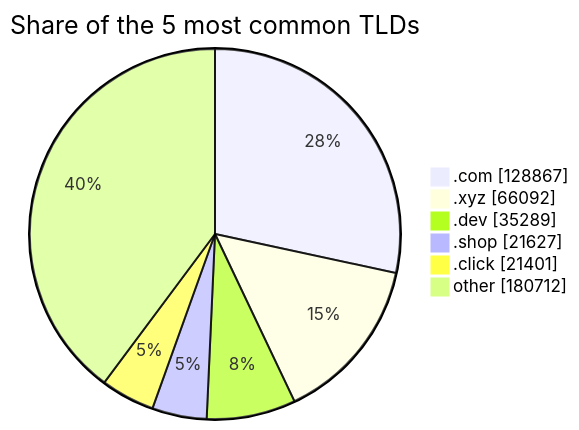
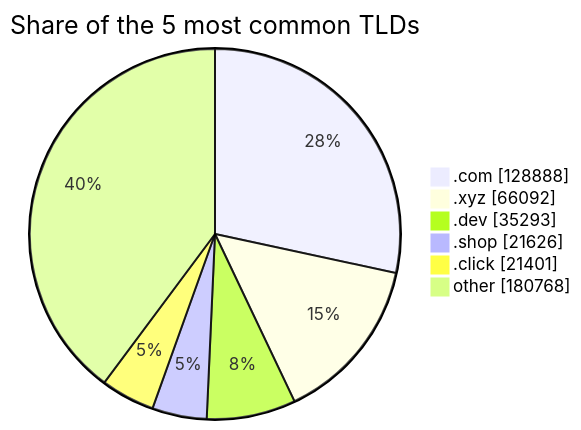
One commit to DNSBunker/CTI changed the third of 3 diagrams in README.md. Above: the diagram before and after it, drawn with Mermaid. The commit also changed other lines of this file and 3 other files, not shown here.

````diff
--- a/README.md
+++ b/README.md
@@ -81,9 +81,9 @@
 ```mermaid
 pie showData title Share of the 5 most common TLDs
-    ".com" : 128867
+    ".com" : 128888
     ".xyz" : 66092
-    ".dev" : 35289
-    ".shop" : 21627
+    ".dev" : 35293
+    ".shop" : 21626
     ".click" : 21401
-    "other" : 180712
+    "other" : 180768
 ```
````
